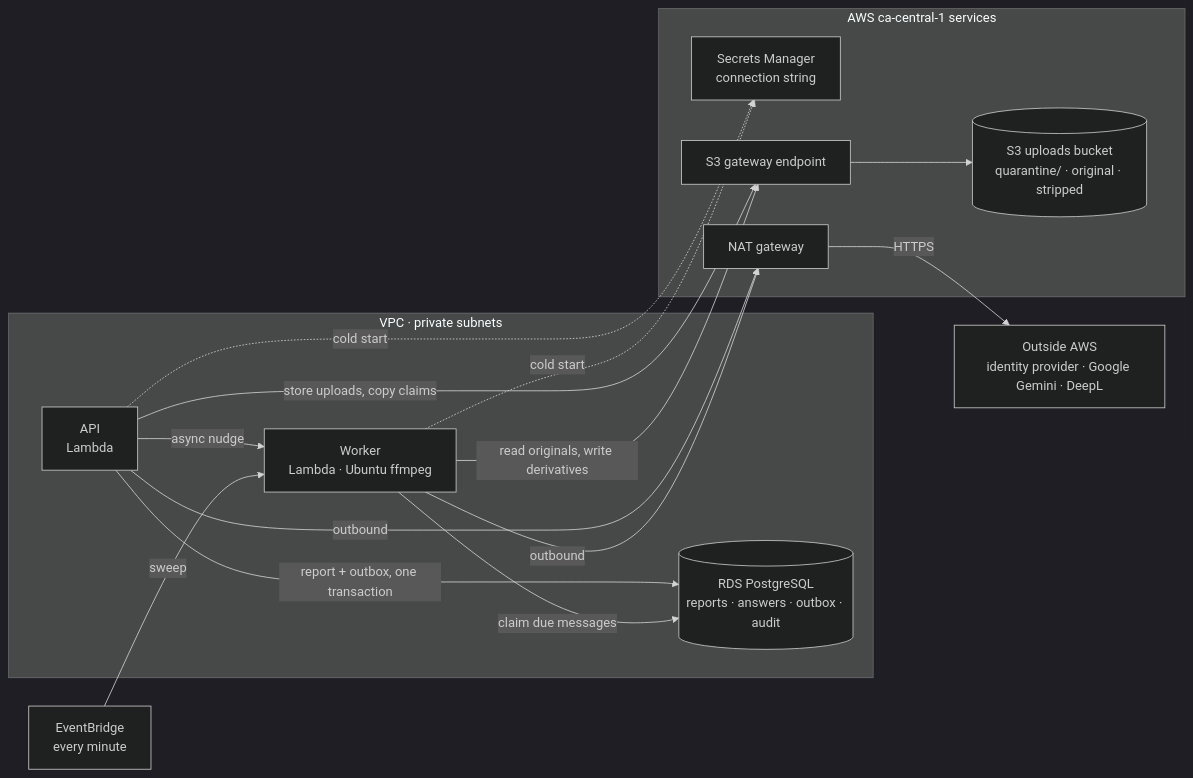
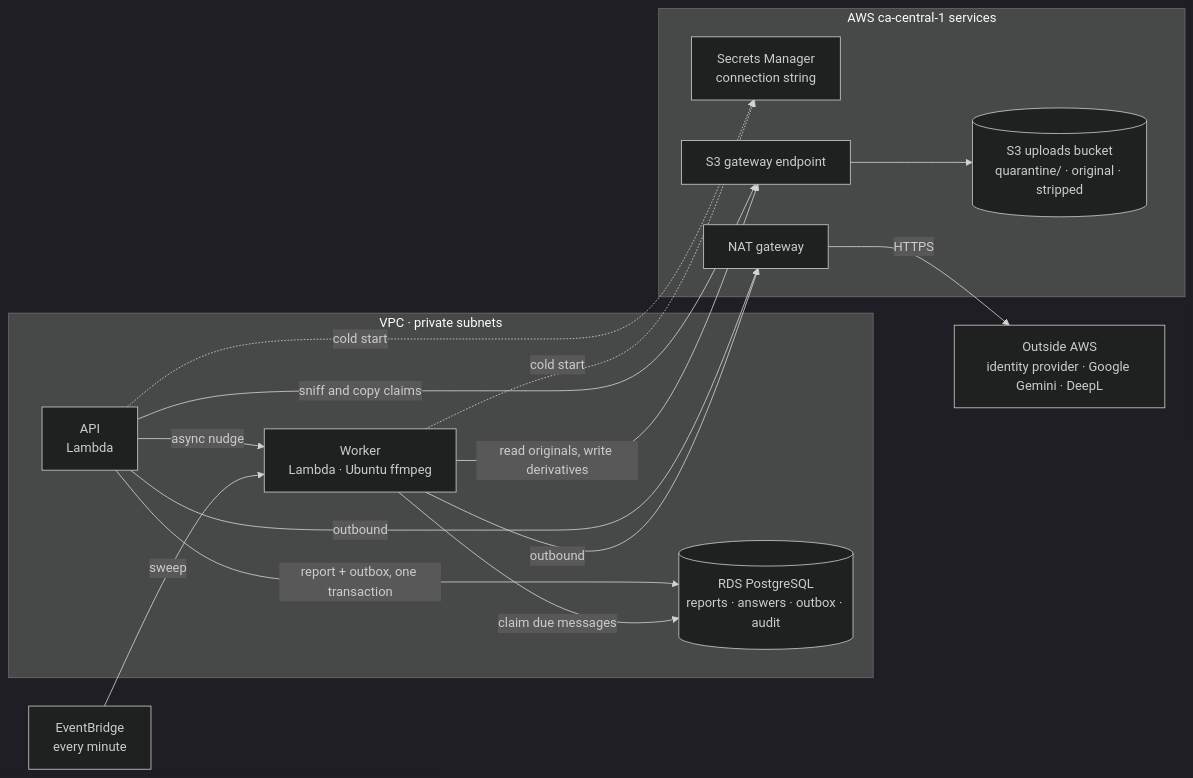
The second of 3 diagrams in docs/infrastructure-and-operations.md (HPAC-Safety/safety-report), drawn with Mermaid (dark theme) before and after one commit. The commit also changed other lines of this file and 69 other files, not shown here.

````diff
--- a/docs/infrastructure-and-operations.md
+++ b/docs/infrastructure-and-operations.md
@@ -54,32 +55,32 @@
 ```mermaid
 flowchart LR
     bridge["EventBridge<br/>every minute"]
 
     subgraph private["VPC · private subnets"]
         api["API<br/>Lambda"]
         worker["Worker<br/>Lambda · Ubuntu ffmpeg"]
         rds[("RDS PostgreSQL<br/>reports · answers · outbox · audit")]
     end
 
     subgraph aws["AWS ca-central-1 services"]
         secrets["Secrets Manager<br/>connection string"]
         s3ep["S3 gateway endpoint"]
         uploads[("S3 uploads bucket<br/>quarantine/ · original · stripped")]
         nat["NAT gateway"]
     end
 
     outside["Outside AWS<br/>identity provider · Google Gemini · DeepL"]
 
     api -->|"report + outbox, one transaction"| rds
     api -->|"async nudge"| worker
     bridge -->|"sweep"| worker
     worker -->|"claim due messages"| rds
-    api -->|"store uploads, copy claims"| s3ep
+    api -->|"sniff and copy claims"| s3ep
     worker -->|"read originals, write derivatives"| s3ep
     s3ep --> uploads
     api -.->|"cold start"| secrets
     worker -.->|"cold start"| secrets
     api -->|"outbound"| nat
     worker -->|"outbound"| nat
     nat -->|"HTTPS"| outside
 ```
````
